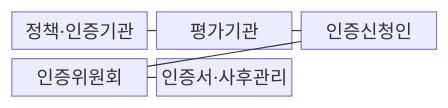
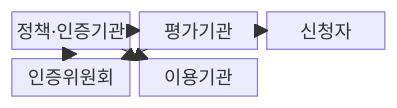
The first of 2 diagrams in src/content/docs/notes/05-security/075_csap.md (agnusdei1207/knowledge-base), drawn with Mermaid before and after one commit. The commit also changed other lines of this file and 20 other files, not shown here.

````diff
--- a/src/content/docs/notes/05-security/075_csap.md
+++ b/src/content/docs/notes/05-security/075_csap.md
@@ -61,13 +62,14 @@
 ```mermaid
 block-beta
   columns 3
   A["정책·인증기관"]
   B["평가기관"]
-  C["인증신청인"]
+  C["신청자"]
   D["인증위원회"]
-  E["인증서·사후관리"]
-  A --- B
-  B --- C
-  C --- D
-  D --- E
+  E["이용기관"]
+  A --> B
+  C --> B
+  B --> D
+  D --> A
+  A --> E
 ```
````
